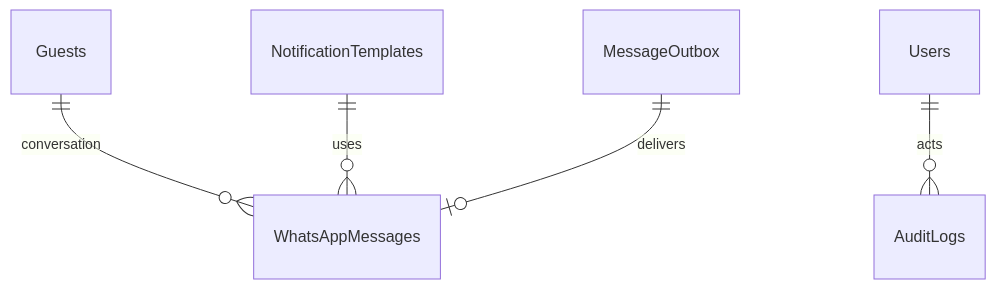
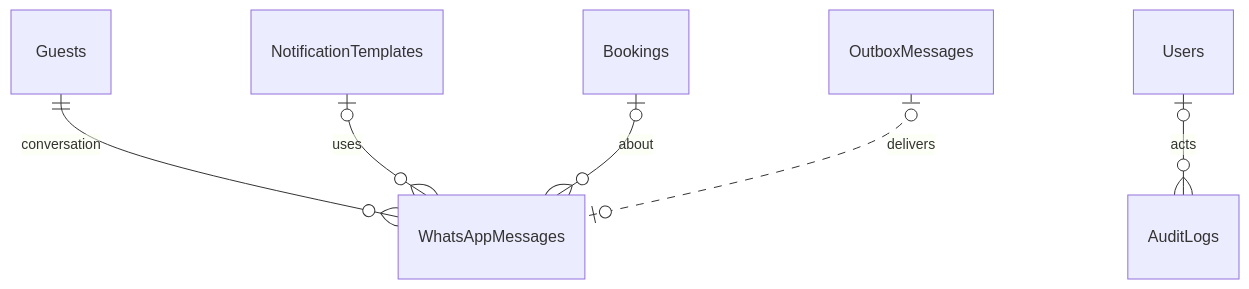
One commit to AdiletToigonbaev/hms changed the sixth of 6 diagrams in docs/database/er-diagram.md. Above: the diagram before and after it, drawn with Mermaid. The commit also changed other lines of this file and 10 other files, not shown here.

````diff
--- a/docs/database/er-diagram.md
+++ b/docs/database/er-diagram.md
@@ -73,7 +82,8 @@
 ```mermaid
 erDiagram
   Guests ||--o{ WhatsAppMessages : conversation
-  NotificationTemplates ||--o{ WhatsAppMessages : uses
-  MessageOutbox ||--o| WhatsAppMessages : delivers
-  Users ||--o{ AuditLogs : acts
+  NotificationTemplates |o--o{ WhatsAppMessages : uses
+  Bookings |o--o{ WhatsAppMessages : about
+  OutboxMessages |o..o| WhatsAppMessages : delivers
+  Users |o--o{ AuditLogs : acts
 ```
````
